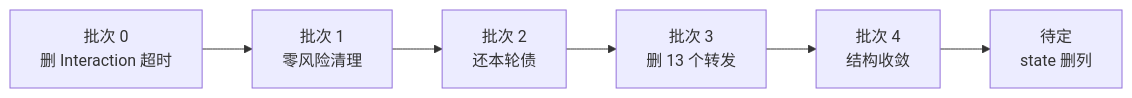
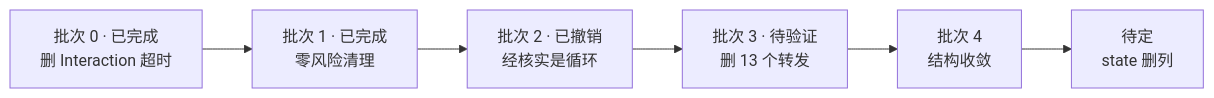
One commit to genesiscosmos/downcity changed the diagram in docs/session-layer-cleanup-plan.md. Above: the diagram before and after it, drawn with Mermaid. The commit also changed other lines of this file, not shown here.

````diff
--- a/docs/session-layer-cleanup-plan.md
+++ b/docs/session-layer-cleanup-plan.md
@@ -283,8 +289,8 @@
 ```mermaid
 flowchart LR
-    A[批次 0<br/>删 Interaction 超时] --> B[批次 1<br/>零风险清理]
-    B --> C[批次 2<br/>还本轮债]
-    C --> D[批次 3<br/>删 13 个转发]
+    A[批次 0 · 已完成<br/>删 Interaction 超时] --> B[批次 1 · 已完成<br/>零风险清理]
+    B --> C[批次 2 · 已撤销<br/>经核实是循环]
+    C --> D[批次 3 · 待验证<br/>删 13 个转发]
     D --> E[批次 4<br/>结构收敛]
     E --> F[待定<br/>state 删列]
 ```
````
